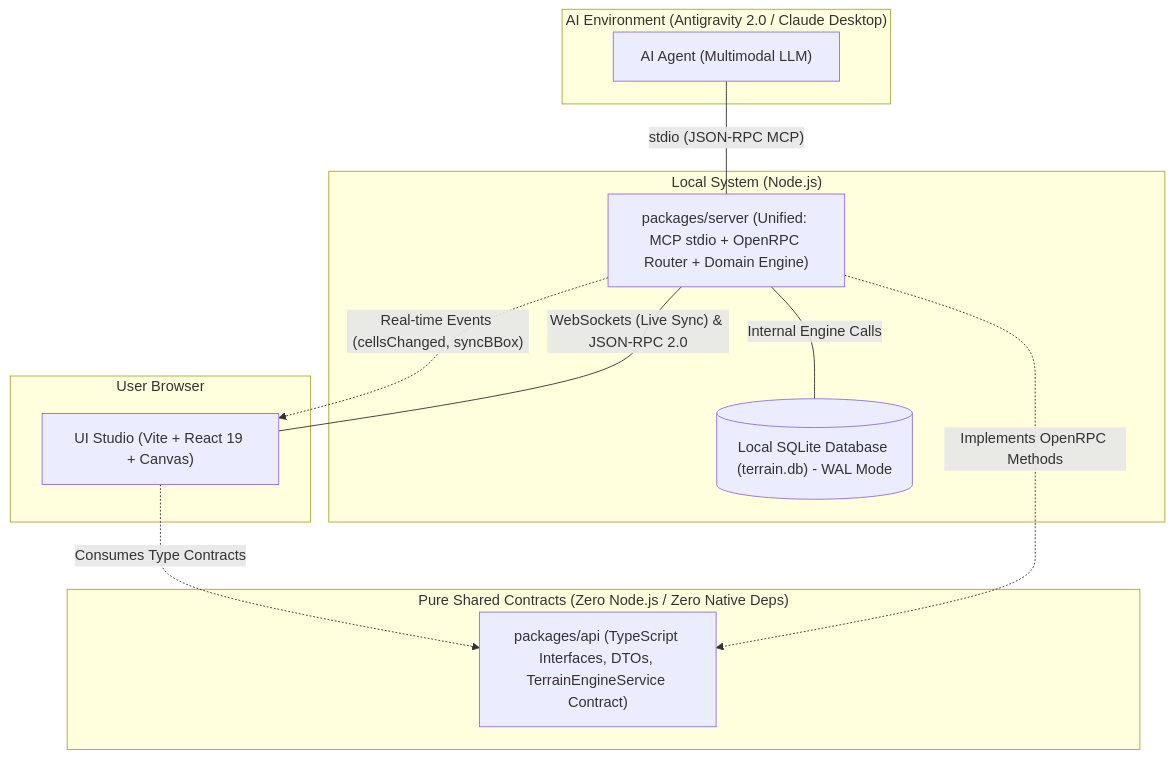
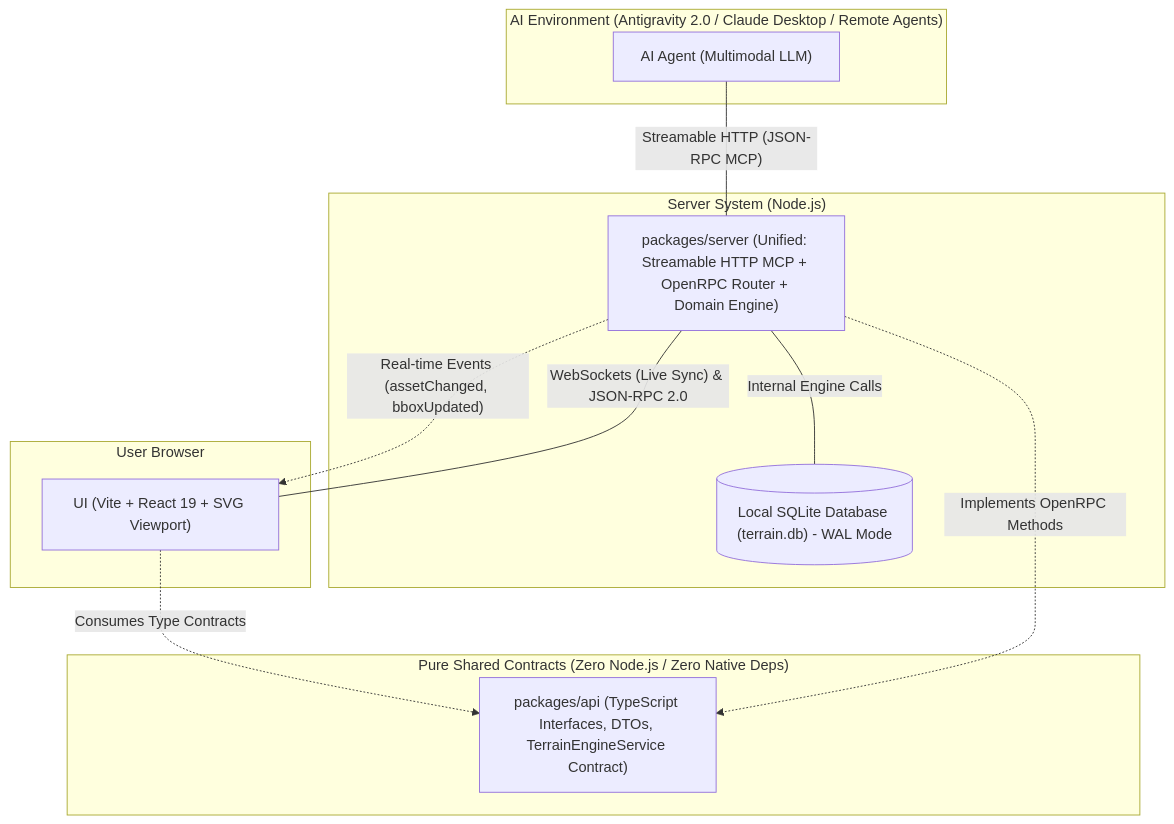
The diagram in specs/architecture/index.md (alexandremenif/brick-wargame-terrain-studio), drawn with Mermaid before and after one commit. The commit also changed other lines of this file and 15 other files, not shown here.

Commit message:
spec: refine domain and API specifications with Vector type, generic UpdateAsset, GetAsset, DeleteAsset, and transient bounding box

````diff
--- a/specs/architecture/index.md
+++ b/specs/architecture/index.md
@@ -9,27 +9,27 @@
 ```mermaid
 flowchart TD
-  subgraph AIEnv["AI Environment (Antigravity 2.0 / Claude Desktop)"]
+  subgraph AIEnv["AI Environment (Antigravity 2.0 / Claude Desktop / Remote Agents)"]
     Agent["AI Agent (Multimodal LLM)"]
   end
 
   subgraph UserEnv["User Browser"]
-    WebApp["UI Studio (Vite + React 19 + Canvas)"]
+    WebApp["UI (Vite + React 19 + SVG Viewport)"]
   end
 
   subgraph SharedContracts["Pure Shared Contracts (Zero Node.js / Zero Native Deps)"]
     Api["packages/api (TypeScript Interfaces, DTOs, TerrainEngineService Contract)"]
   end
 
-  subgraph HostSystem["Local System (Node.js)"]
-    Server["packages/server (Unified: MCP stdio + OpenRPC Router + Domain Engine)"]
+  subgraph HostSystem["Server System (Node.js)"]
+    Server["packages/server (Unified: Streamable HTTP MCP + OpenRPC Router + Domain Engine)"]
     SQLite[("Local SQLite Database (terrain.db) - WAL Mode")]
   end
 
-  Agent ---|"stdio (JSON-RPC MCP)"| Server
+  Agent ---|"Streamable HTTP (JSON-RPC MCP)"| Server
   WebApp ---|"WebSockets (Live Sync) & JSON-RPC 2.0"| Server
   WebApp -.->|"Consumes Type Contracts"| Api
   Server -.->|"Implements OpenRPC Methods"| Api
 
   Server ---|"Internal Engine Calls"| SQLite
-  Server -.->|"Real-time Events (cellsChanged, syncBBox)"| WebApp
+  Server -.->|"Real-time Events (assetChanged, bboxUpdated)"| WebApp
 ```
````
